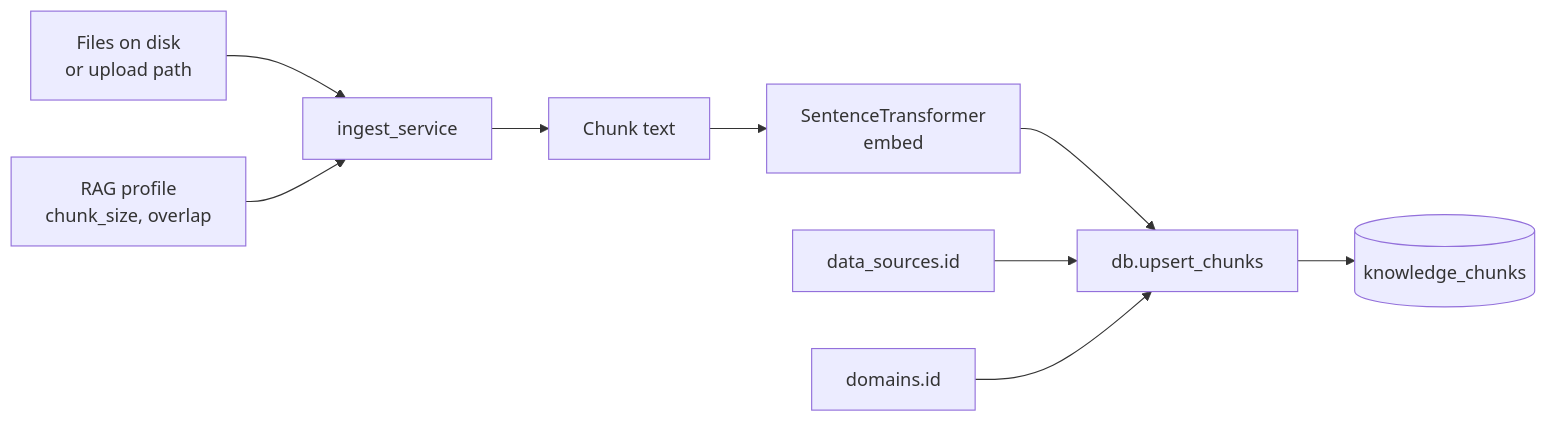
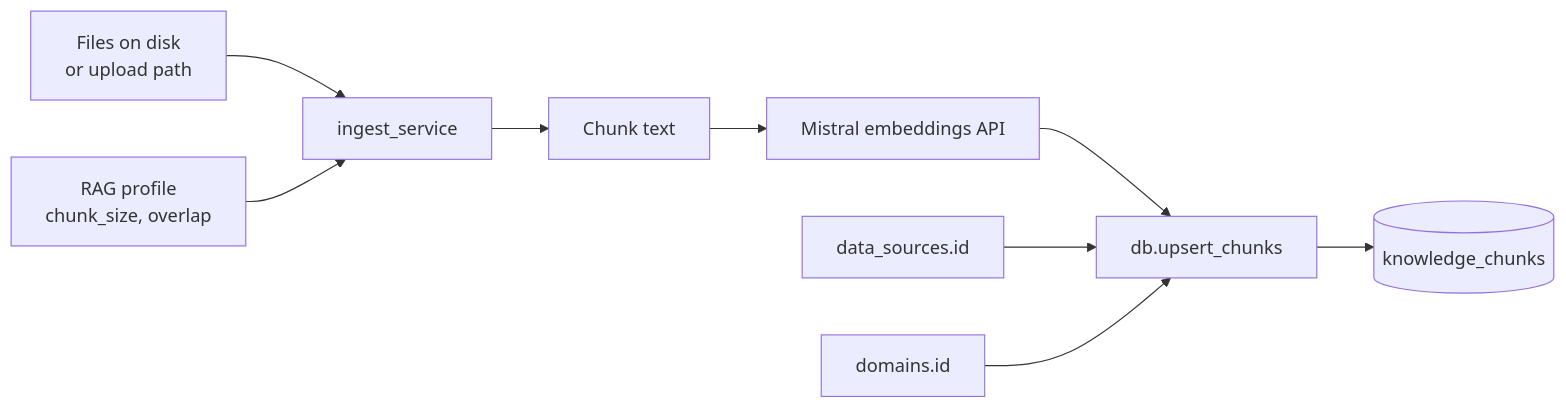
One commit to siva18k/datapro_ai changed the fourth of 4 diagrams in docs/architecture.md. Above: the diagram before and after it, drawn with Mermaid. The commit also changed other lines of this file and 39 other files, not shown here.

````diff
--- a/docs/architecture.md
+++ b/docs/architecture.md
@@ -204,11 +204,11 @@
 ```mermaid
 flowchart LR
     F[Files on disk<br/>or upload path] --> I[ingest_service]
     I --> C[Chunk text]
-    C --> M[SentenceTransformer<br/>embed]
+    C --> M[Mistral embeddings API]
     M --> U[db.upsert_chunks]
     U --> PG[(knowledge_chunks)]
     RP[RAG profile<br/>chunk_size, overlap] --> I
     DS[data_sources.id] --> U
     DOM[domains.id] --> U
 ```
````
